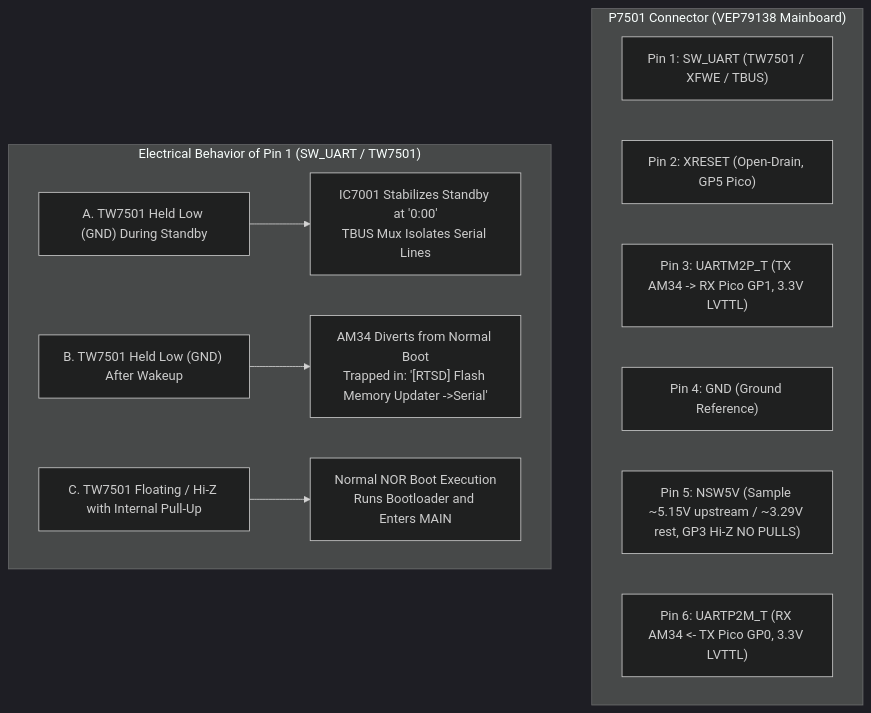
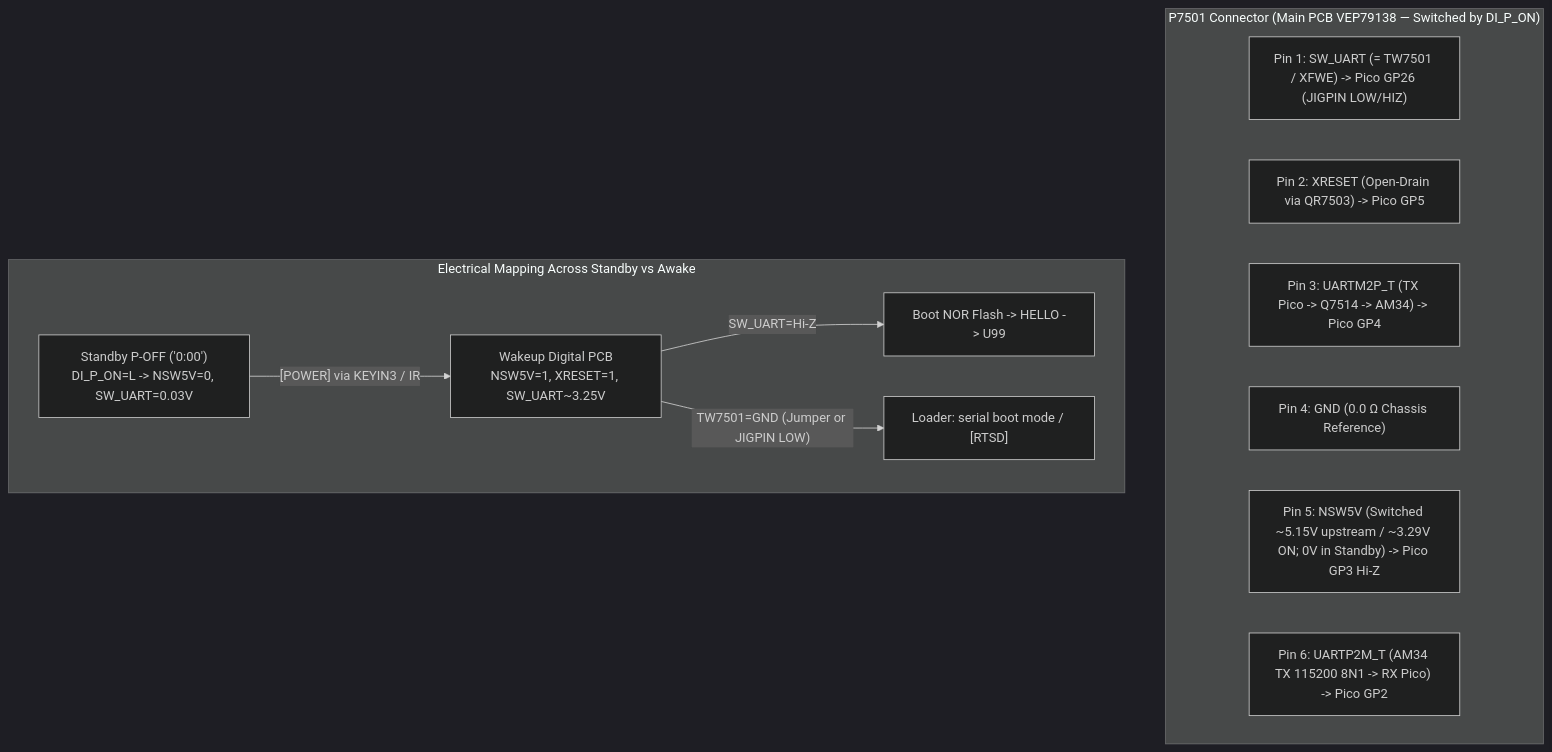
The third of 4 diagrams in docs/en-US/GLOBAL_COMMUNITY_COMPENDIUM_DIGA_FIRMWARE_AND_HARDWARE.md (orgchrono/Panadiga), drawn with Mermaid (dark theme) before and after one commit. The commit also changed other lines of this file and 28 other files, not shown here.

Commit message:
feat(crypto,pico,docs): integrate pana-fw/unixtract primitives, JIGPIN/Standby status in Pico C11/UF2, and DMR-ES35V 8MB NOR + DSD0603003CE SERV docs

````diff
--- a/docs/en-US/GLOBAL_COMMUNITY_COMPENDIUM_DIGA_FIRMWARE_AND_HARDWARE.md
+++ b/docs/en-US/GLOBAL_COMMUNITY_COMPENDIUM_DIGA_FIRMWARE_AND_HARDWARE.md
@@ -337,17 +370,17 @@
 ```mermaid
 flowchart TD
-    subgraph P7501_PINOUT["P7501 Connector (VEP79138 Mainboard)"]
-        P1["Pin 1: SW_UART (TW7501 / XFWE / TBUS)"]
-        P2["Pin 2: XRESET (Open-Drain, GP5 Pico)"]
-        P3["Pin 3: UARTM2P_T (TX AM34 -> RX Pico GP1, 3.3V LVTTL)"]
-        P4["Pin 4: GND (Ground Reference)"]
-        P5["Pin 5: NSW5V (Sample ~5.15V upstream / ~3.29V rest, GP3 Hi-Z NO PULLS)"]
-        P6["Pin 6: UARTP2M_T (RX AM34 <- TX Pico GP0, 3.3V LVTTL)"]
+    subgraph P7501_PINOUT["P7501 Connector (Main PCB VEP79138 — Switched by DI_P_ON)"]
+        P1["Pin 1: SW_UART (= TW7501 / XFWE) -> Pico GP26 (JIGPIN LOW/HIZ)"]
+        P2["Pin 2: XRESET (Open-Drain via QR7503) -> Pico GP5"]
+        P3["Pin 3: UARTM2P_T (TX Pico -> Q7514 -> AM34) -> Pico GP4"]
+        P4["Pin 4: GND (0.0 Ω Chassis Reference)"]
+        P5["Pin 5: NSW5V (Switched ~5.15V upstream / ~3.29V ON; 0V in Standby) -> Pico GP3 Hi-Z"]
+        P6["Pin 6: UARTP2M_T (AM34 TX 115200 8N1 -> RX Pico) -> Pico GP2"]
     end
 
-    subgraph CIRCUIT_BEHAVIOR["Electrical Behavior of Pin 1 (SW_UART / TW7501)"]
-        STATE_A["A. TW7501 Held Low (GND) During Standby"] --> RES_A["IC7001 Stabilizes Standby at '0:00'\nTBUS Mux Isolates Serial Lines"]
-        STATE_B["B. TW7501 Held Low (GND) After Wakeup"] --> RES_B["AM34 Diverts from Normal Boot\nTrapped in: '[RTSD] Flash Memory Updater ->Serial'"]
-        STATE_C["C. TW7501 Floating / Hi-Z with Internal Pull-Up"] --> RES_C["Normal NOR Boot Execution\nRuns Bootloader and Enters MAIN"]
+    subgraph STANDBY_STATES["Electrical Mapping Across Standby vs Awake"]
+        ST_OFF["Standby P-OFF ('0:00')\nDI_P_ON=L -> NSW5V=0, SW_UART=0.03V"] -->|"[POWER] via KEYIN3 / IR"| ST_WAKE["Wakeup Digital PCB\nNSW5V=1, XRESET=1, SW_UART~3.25V"]
+        ST_WAKE -->|"SW_UART=Hi-Z"| BOOT_NORM["Boot NOR Flash -> HELLO -> U99"]
+        ST_WAKE -->|"TW7501=GND (Jumper or JIGPIN LOW)"| BOOT_SER["Loader: serial boot mode / [RTSD]"]
     end
 ```
````
